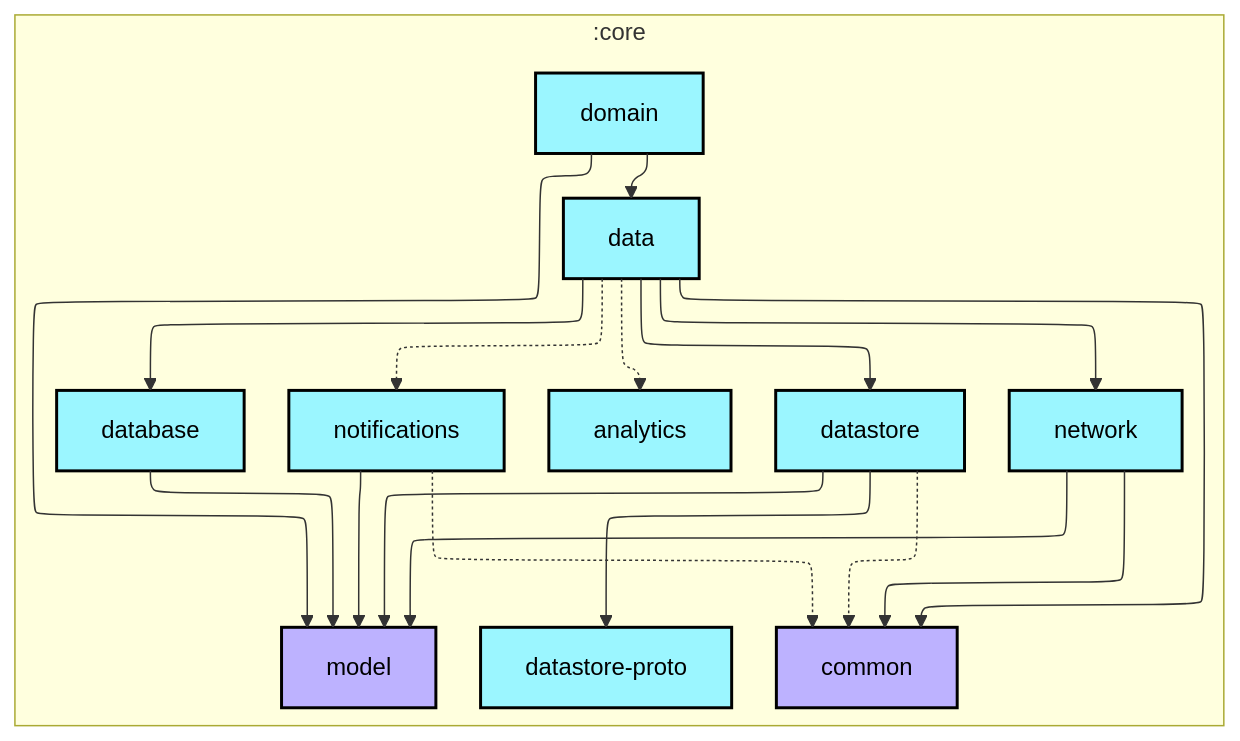
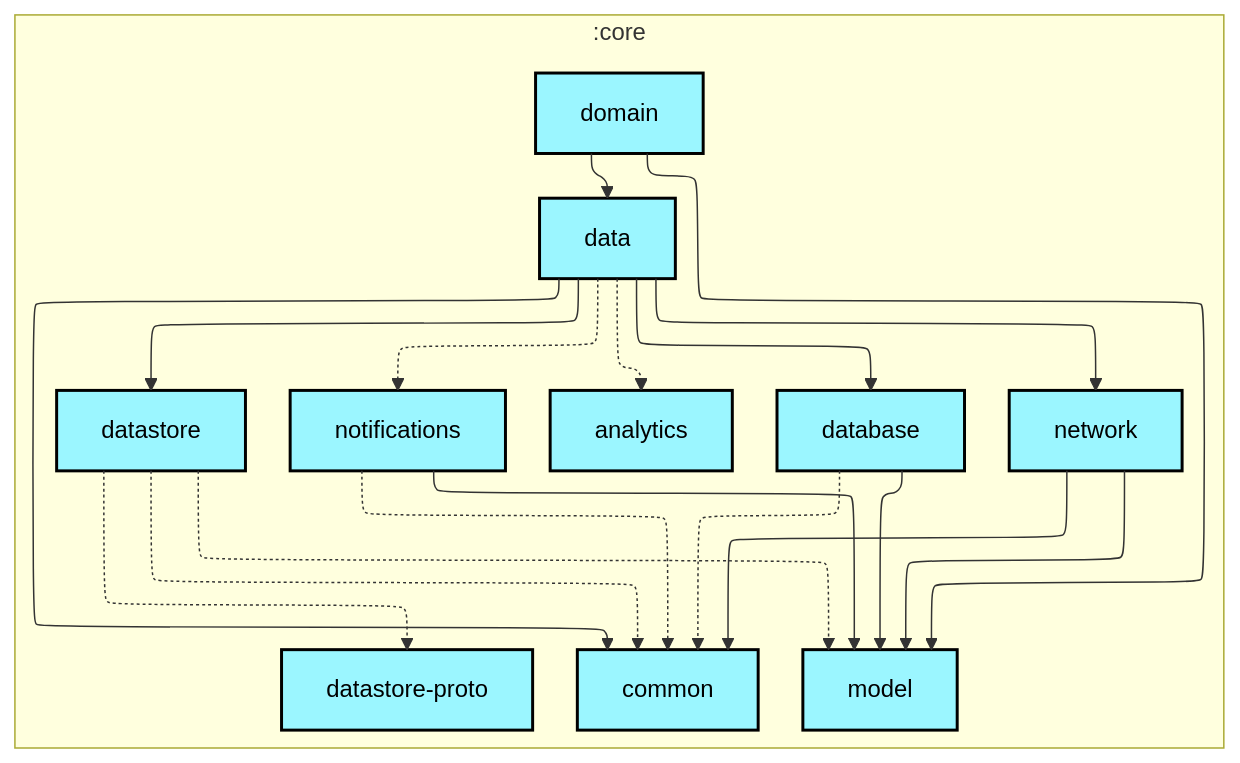
Before and after one commit to lihenggui/nowinkmp: the first of 2 diagrams in core/domain/README.md, drawn with Mermaid. The commit also changed other lines of this file and 29 other files, not shown here.

First line of the commit message:
Fix graphUpdate configuration cache compatibility

````diff
--- a/core/domain/README.md
+++ b/core/domain/README.md
@@ -6,46 +6,47 @@
 ```mermaid
 ---
 config:
   layout: elk
   elk:
     nodePlacementStrategy: SIMPLE
 ---
 graph TB
   subgraph :core
     direction TB
-    :core:analytics[analytics]:::android-library
-    :core:common[common]:::jvm-library
-    :core:data[data]:::android-library
-    :core:database[database]:::android-library
-    :core:datastore[datastore]:::android-library
-    :core:datastore-proto[datastore-proto]:::android-library
-    :core:domain[domain]:::android-library
-    :core:model[model]:::jvm-library
-    :core:network[network]:::android-library
-    :core:notifications[notifications]:::android-library
+    :core:analytics[analytics]:::kmp-library
+    :core:common[common]:::kmp-library
+    :core:data[data]:::kmp-library
+    :core:database[database]:::kmp-library
+    :core:datastore[datastore]:::kmp-library
+    :core:datastore-proto[datastore-proto]:::kmp-library
+    :core:domain[domain]:::kmp-library
+    :core:model[model]:::kmp-library
+    :core:network[network]:::kmp-library
+    :core:notifications[notifications]:::kmp-library
   end
 
   :core:data -.-> :core:analytics
   :core:data --> :core:common
   :core:data --> :core:database
   :core:data --> :core:datastore
   :core:data --> :core:network
   :core:data -.-> :core:notifications
+  :core:database -.-> :core:common
   :core:database --> :core:model
   :core:datastore -.-> :core:common
-  :core:datastore --> :core:datastore-proto
-  :core:datastore --> :core:model
+  :core:datastore -.-> :core:datastore-proto
+  :core:datastore -.-> :core:model
   :core:domain --> :core:data
   :core:domain --> :core:model
   :core:network --> :core:common
   :core:network --> :core:model
   :core:notifications -.-> :core:common
   :core:notifications --> :core:model
 
-classDef android-application fill:#CAFFBF,stroke:#000,stroke-width:2px,color:#000;
-classDef android-feature fill:#FFD6A5,stroke:#000,stroke-width:2px,color:#000;
-classDef android-library fill:#9BF6FF,stroke:#000,stroke-width:2px,color:#000;
+classDef cmp-application fill:#CAFFBF,stroke:#000,stroke-width:2px,color:#000;
+classDef cmp-feature fill:#FFD6A5,stroke:#000,stroke-width:2px,color:#000;
+classDef kmp-library fill:#9BF6FF,stroke:#000,stroke-width:2px,color:#000;
+classDef jvm-library fill:#BDB2FF,stroke:#000,stroke-width:2px,color:#000;
 classDef android-test fill:#A0C4FF,stroke:#000,stroke-width:2px,color:#000;
-classDef jvm-library fill:#BDB2FF,stroke:#000,stroke-width:2px,color:#000;
 classDef unknown fill:#FFADAD,stroke:#000,stroke-width:2px,color:#000;
 ```
````
